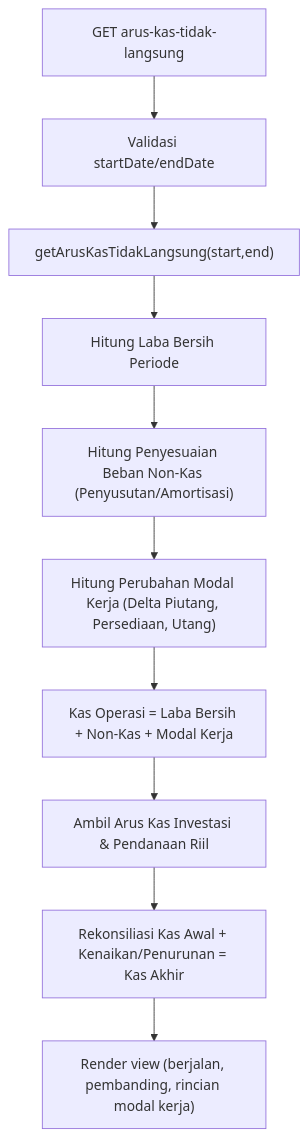
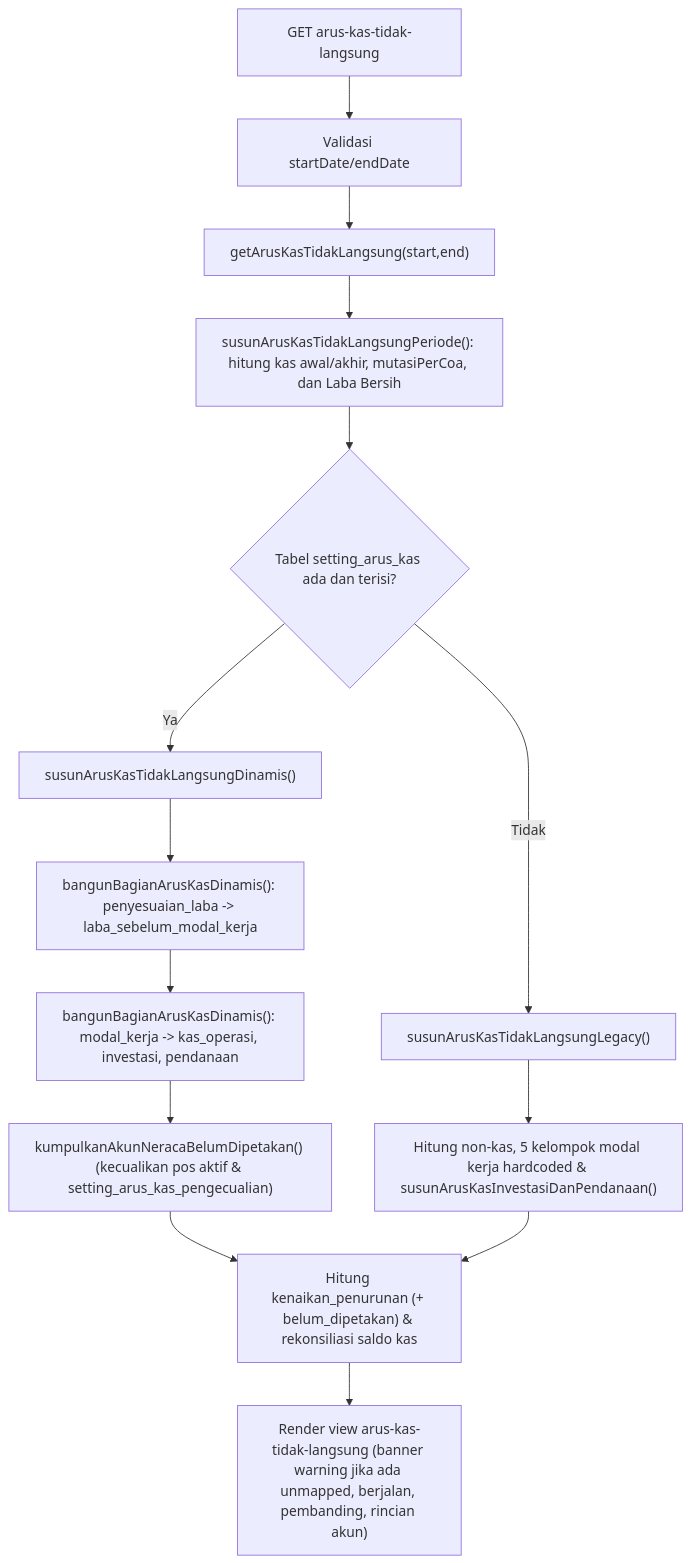
One commit to AltamaSidoarjo/laravel-siakurat-pt-smt changed the sixth of 6 diagrams in dokumentasi/laporan-keuangan.md. Above: the diagram before and after it, drawn with Mermaid. The commit also changed other lines of this file and 4 other files, not shown here.

Commit message:
docs(arus-kas): document Pengaturan Arus Kas module, indirect cash flow integration, and authorization

````diff
--- a/dokumentasi/laporan-keuangan.md
+++ b/dokumentasi/laporan-keuangan.md
@@ -143,12 +144,16 @@
 ```mermaid
 flowchart TD
     A["GET arus-kas-tidak-langsung"] --> B["Validasi startDate/endDate"]
     B --> C["getArusKasTidakLangsung(start,end)"]
-    C --> D["Hitung Laba Bersih Periode"]
-    D --> E["Hitung Penyesuaian Beban Non-Kas (Penyusutan/Amortisasi)"]
-    E --> F["Hitung Perubahan Modal Kerja (Delta Piutang, Persediaan, Utang)"]
-    F --> G["Kas Operasi = Laba Bersih + Non-Kas + Modal Kerja"]
-    G --> H["Ambil Arus Kas Investasi & Pendanaan Riil"]
-    H --> I["Rekonsiliasi Kas Awal + Kenaikan/Penurunan = Kas Akhir"]
-    I --> J["Render view (berjalan, pembanding, rincian modal kerja)"]
+    C --> D["susunArusKasTidakLangsungPeriode(): hitung kas awal/akhir, mutasiPerCoa, dan Laba Bersih"]
+    D --> E{"Tabel setting_arus_kas ada dan terisi?"}
+    E -- Ya --> F["susunArusKasTidakLangsungDinamis()"]
+    F --> G["bangunBagianArusKasDinamis(): penyesuaian_laba -> laba_sebelum_modal_kerja"]
+    G --> H["bangunBagianArusKasDinamis(): modal_kerja -> kas_operasi, investasi, pendanaan"]
+    H --> I["kumpulkanAkunNeracaBelumDipetakan() (kecualikan pos aktif & setting_arus_kas_pengecualian)"]
+    I --> J["Hitung kenaikan_penurunan (+ belum_dipetakan) & rekonsiliasi saldo kas"]
+    E -- Tidak --> K["susunArusKasTidakLangsungLegacy()"]
+    K --> L["Hitung non-kas, 5 kelompok modal kerja hardcoded & susunArusKasInvestasiDanPendanaan()"]
+    L --> J
+    J --> M["Render view arus-kas-tidak-langsung (banner warning jika ada unmapped, berjalan, pembanding, rincian akun)"]
 ```
````
